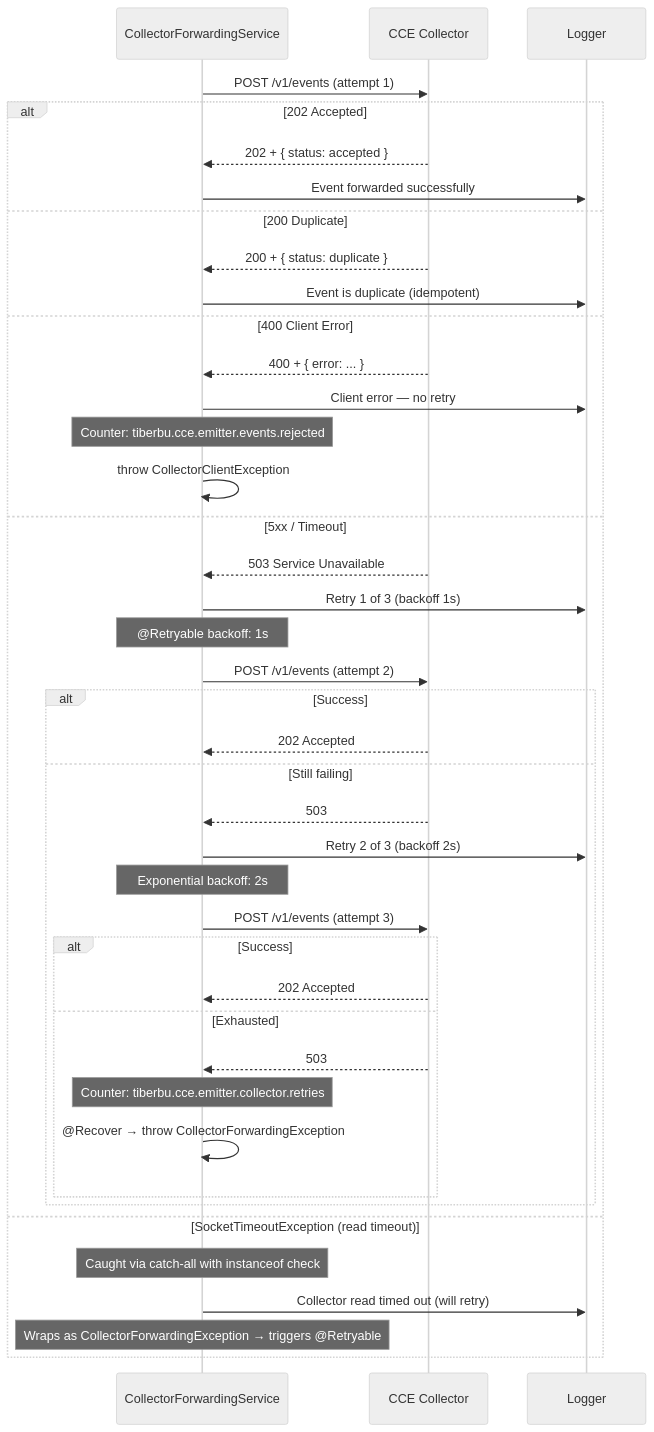
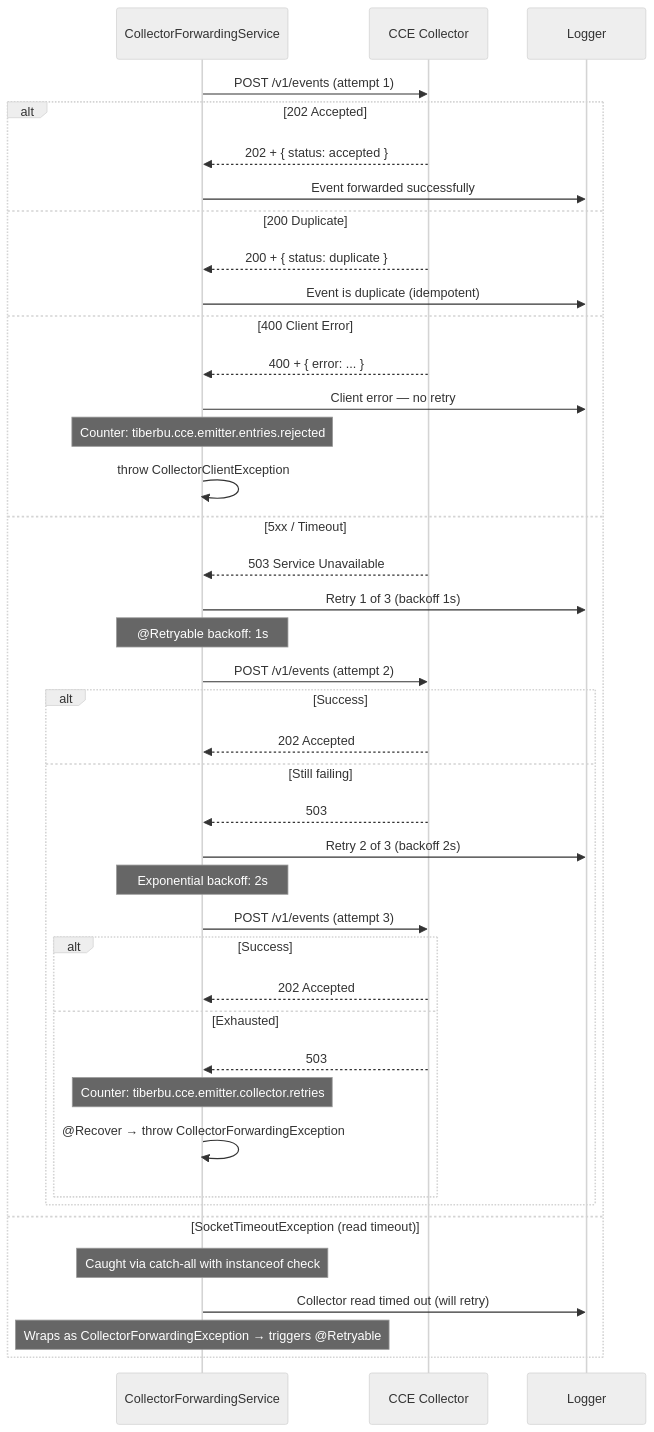
One commit to ishashankakkasali/tiberbu-cce-emitter-adaptor changed the fourth of 7 diagrams in docs/flow-diagrams.md. Above: the diagram before and after it, drawn with Mermaid (neutral theme). The commit also changed 13 other files, not shown here.

````diff
--- a/docs/flow-diagrams.md
+++ b/docs/flow-diagrams.md
@@ -155,51 +155,51 @@
 ```mermaid
 sequenceDiagram
     participant Fwd as CollectorForwardingService
     participant Col as CCE Collector
     participant Log as Logger
 
     Fwd->>Col: POST /v1/events (attempt 1)
 
     alt 202 Accepted
         Col-->>Fwd: 202 + { status: accepted }
         Fwd->>Log: Event forwarded successfully
     else 200 Duplicate
         Col-->>Fwd: 200 + { status: duplicate }
         Fwd->>Log: Event is duplicate (idempotent)
     else 400 Client Error
         Col-->>Fwd: 400 + { error: ... }
         Fwd->>Log: Client error — no retry
-        Note over Fwd: Counter: tiberbu.cce.emitter.events.rejected
+        Note over Fwd: Counter: tiberbu.cce.emitter.entries.rejected
         Fwd->>Fwd: throw CollectorClientException
     else 5xx / Timeout
         Col-->>Fwd: 503 Service Unavailable
         Fwd->>Log: Retry 1 of 3 (backoff 1s)
 
         Note over Fwd: @Retryable backoff: 1s
 
         Fwd->>Col: POST /v1/events (attempt 2)
 
         alt Success
             Col-->>Fwd: 202 Accepted
         else Still failing
             Col-->>Fwd: 503
             Fwd->>Log: Retry 2 of 3 (backoff 2s)
 
             Note over Fwd: Exponential backoff: 2s
 
             Fwd->>Col: POST /v1/events (attempt 3)
 
             alt Success
                 Col-->>Fwd: 202 Accepted
             else Exhausted
                 Col-->>Fwd: 503
                 Note over Fwd: Counter: tiberbu.cce.emitter.collector.retries
                 Fwd->>Fwd: @Recover → throw CollectorForwardingException
             end
         end
     else SocketTimeoutException (read timeout)
         Note over Fwd: Caught via catch-all with instanceof check
         Fwd->>Log: Collector read timed out (will retry)
         Note over Fwd: Wraps as CollectorForwardingException → triggers @Retryable
     end
 ```
````
